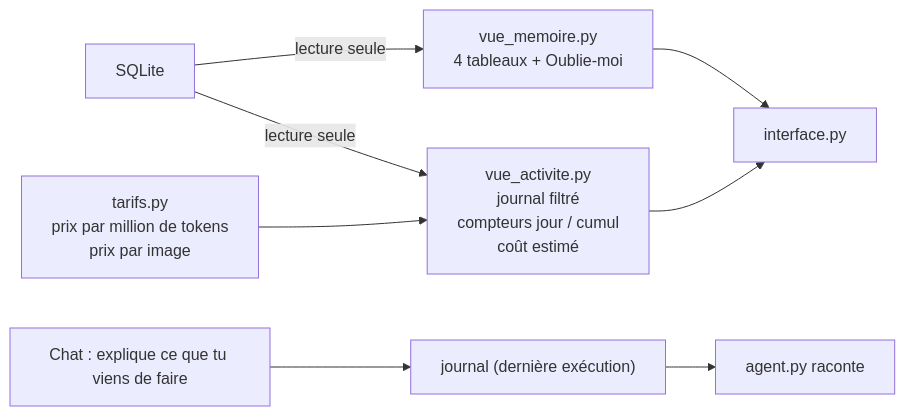
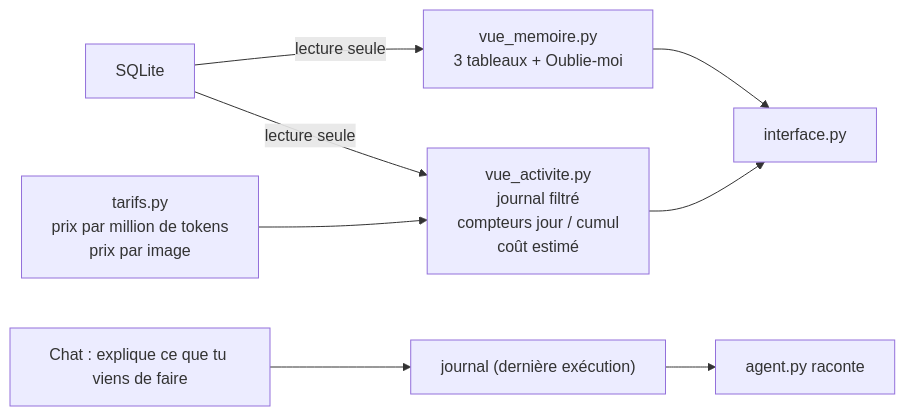
Diagram 26 of 41 in tuto-goodvibe-vibecoding.md (lecinquiemejour-code/goodvibe-tuto), drawn with Mermaid before and after one commit. The commit also changed other lines of this file and 1 other file, not shown here.

Commit message:
docs(tuto): l'onglet Mémoire affiche trois tableaux, sans la table traites
La table traites ne dit rien de l'utilisateur : elle se consulte avec DB Browser.
Fiche 9 et PRD alignés.

````diff
--- a/tuto-goodvibe-vibecoding.md
+++ b/tuto-goodvibe-vibecoding.md
@@ -1049,8 +1049,8 @@
 ```mermaid
 flowchart LR
-    DB["SQLite"] -- lecture seule --> VM["vue_memoire.py<br/>4 tableaux + Oublie-moi"]
+    DB["SQLite"] -- lecture seule --> VM["vue_memoire.py<br/>3 tableaux + Oublie-moi"]
     DB -- lecture seule --> VA["vue_activite.py<br/>journal filtré<br/>compteurs jour / cumul<br/>coût estimé"]
     TAR["tarifs.py<br/>prix par million de tokens<br/>prix par image"] --> VA
     VM & VA --> G["interface.py"]
     CH["Chat : explique ce que tu viens de faire"] --> JR["journal (dernière exécution)"] --> AG["agent.py raconte"]
 ```
````
